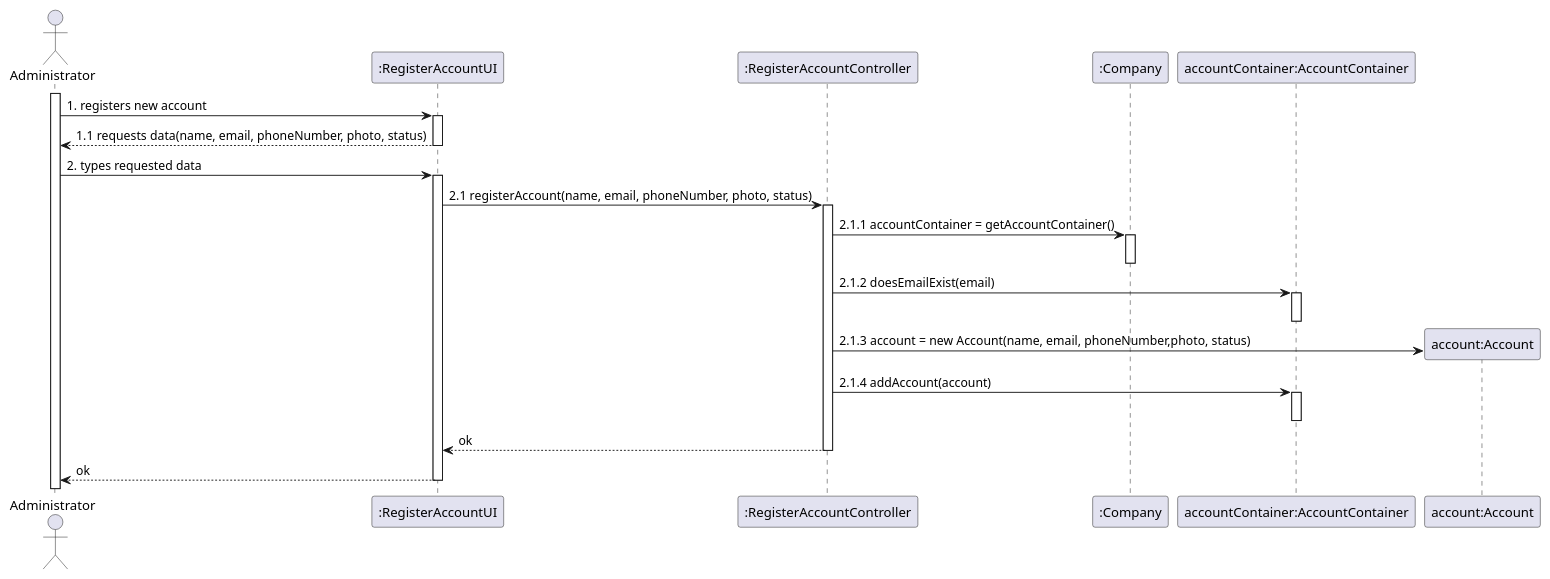
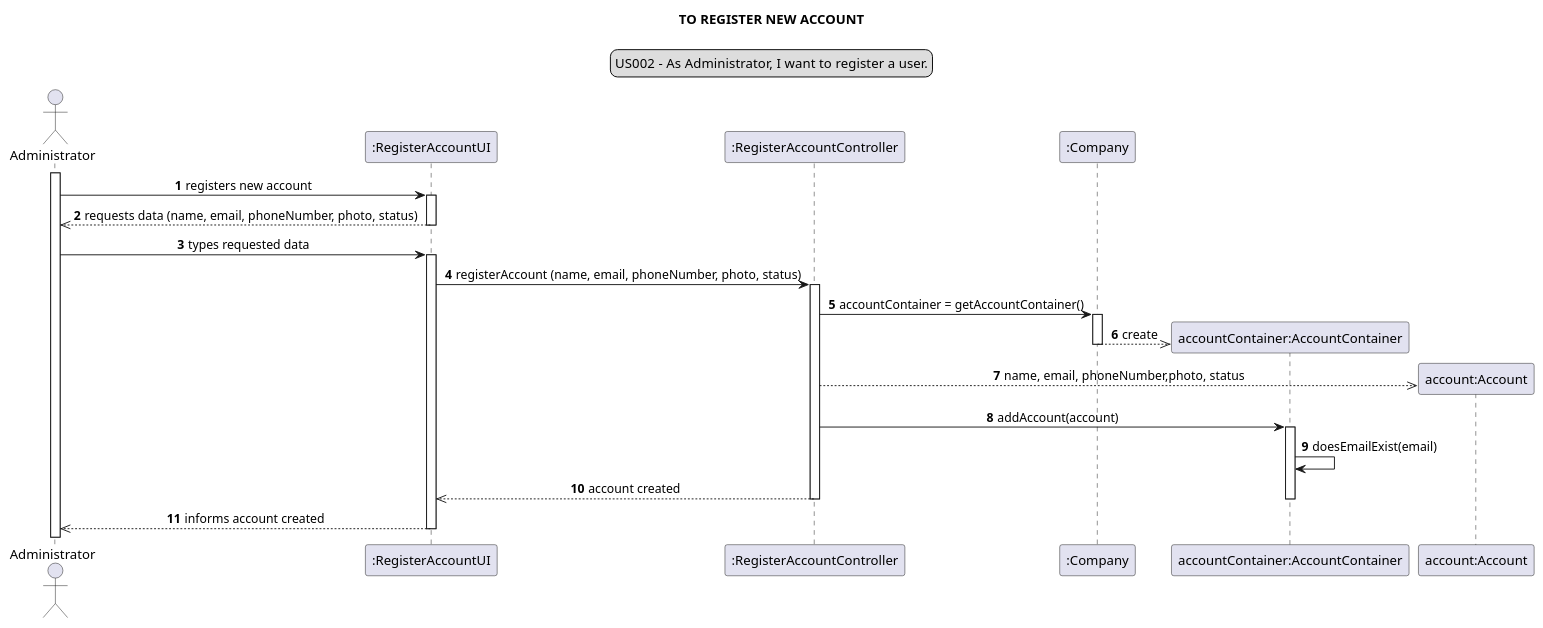
The diagram in docs/modelling_design/user_stories/us002/US002_Sequence_Diagram.puml (Loracline/project_switch_22-23), drawn with PlantUML before and after one commit. The commit also changed 10 other files, not shown here.

Commit message:
US001 - US006 : Design : Updated Sequence Diagram. Refined AccountContainer.java , ChangeStatusController.java, Company.java, CompanyTest.java and ProfileContainer.java.

```diff
--- a/docs/modelling_design/user_stories/us002/US002_Sequence_Diagram.puml
+++ b/docs/modelling_design/user_stories/us002/US002_Sequence_Diagram.puml
@@ -1,34 +1,38 @@
 @startuml
+skinparam sequenceMessageAlign center
+title TO REGISTER NEW ACCOUNT
+legend top
+US002 - As Administrator, I want to register a user.
+end legend
+autonumber
 actor Administrator
 participant ":RegisterAccountUI" as ui
 participant ":RegisterAccountController" as controller
 participant ":Company" as comp
 participant "accountContainer:AccountContainer" as AC
 participant "account:Account" as account
 activate Administrator
-Administrator -> ui: 1. registers new account
+Administrator -> ui: registers new account
 activate ui
-ui --> Administrator: 1.1 requests data(name, email, phoneNumber, photo, status)
+ui -->> Administrator: requests data (name, email, phoneNumber, photo, status)
 deactivate ui
-Administrator -> ui: 2. types requested data
+Administrator -> ui: types requested data
 activate ui
-ui -> controller: 2.1 registerAccount(name, email, phoneNumber, photo, status)
+ui -> controller: registerAccount (name, email, phoneNumber, photo, status)
 activate controller
-controller -> comp: 2.1.1 accountContainer = getAccountContainer()
+controller -> comp: accountContainer = getAccountContainer()
 activate comp
+create AC
+comp -->> AC: create
 deactivate comp
-controller -> AC: 2.1.2 doesEmailExist(email)
+create account
+controller -->> account: name, email, phoneNumber,photo, status
+controller -> AC: addAccount(account)
 activate AC
+AC -> AC: doesEmailExist(email)
+controller -->> ui: account created
 deactivate AC
-create account
-controller -> account: 2.1.3 account = new Account(name, email, phoneNumber,photo, status)
-/'activate account
-deactivate account'/
-controller -> AC: 2.1.4 addAccount(account)
-activate AC
-deactivate AC
-controller --> ui: ok
 deactivate controller
-ui--> Administrator: ok
+ui-->> Administrator: informs account created
 deactivate ui
 @enduml
```
